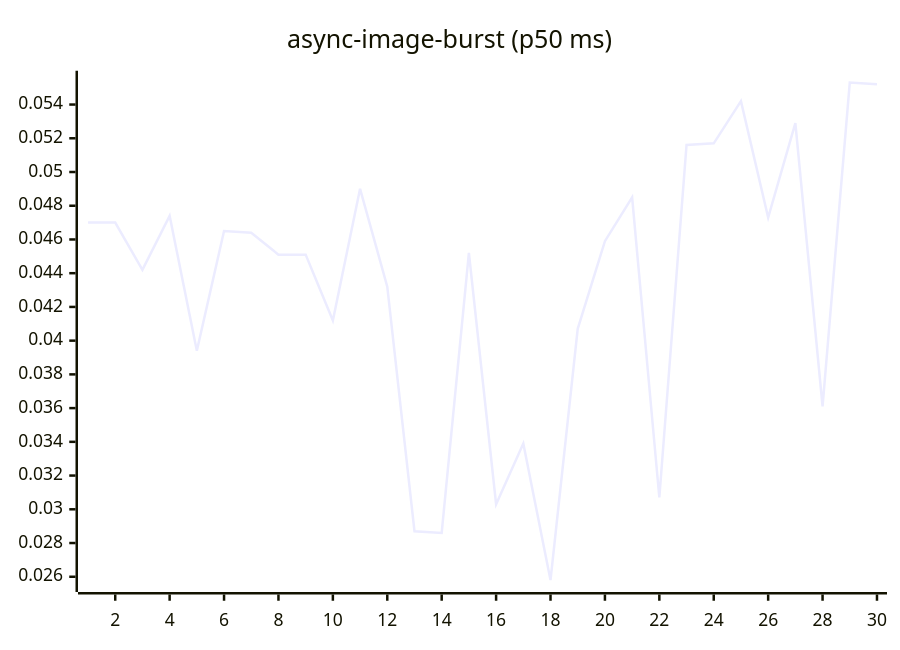
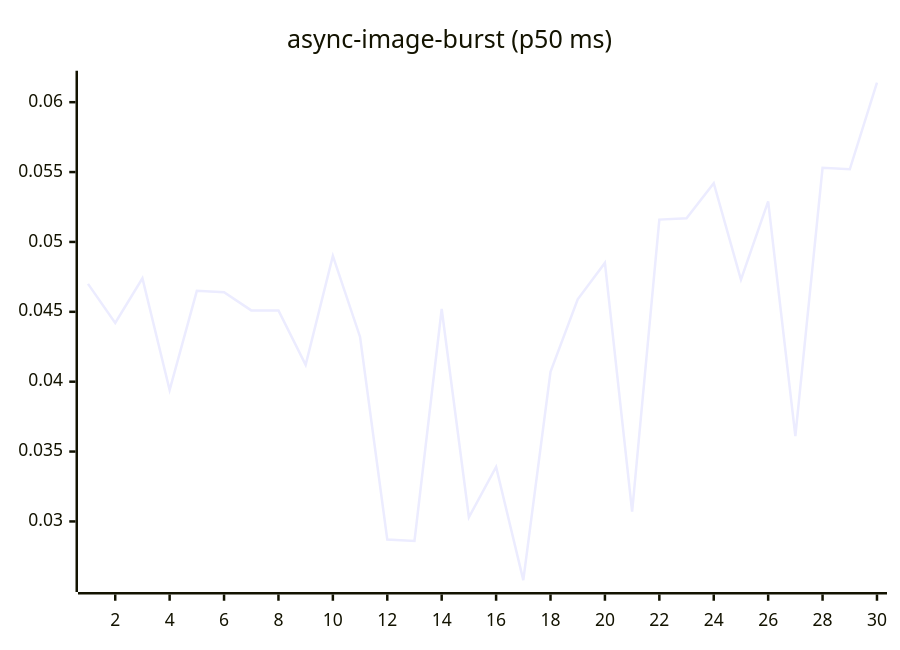
Before and after one commit to josha/Facet: the fourth of 27 diagrams in README.md, drawn with Mermaid. The commit also changed other lines of this file and 2 other files, not shown here.

````diff
--- a/README.md
+++ b/README.md
@@ -84,6 +84,6 @@
 ```mermaid
 xychart-beta
     title "async-image-burst (p50 ms)"
     x-axis 1 --> 30
-    line [0.0470, 0.0470, 0.0442, 0.0474, 0.0394, 0.0465, 0.0464, 0.0451, 0.0451, 0.0412, 0.0490, 0.0432, 0.0287, 0.0286, 0.0452, 0.0303, 0.0339, 0.0258, 0.0407, 0.0459, 0.0485, 0.0307, 0.0516, 0.0517, 0.0542, 0.0473, 0.0529, 0.0361, 0.0553, 0.0552]
+    line [0.0470, 0.0442, 0.0474, 0.0394, 0.0465, 0.0464, 0.0451, 0.0451, 0.0412, 0.0490, 0.0432, 0.0287, 0.0286, 0.0452, 0.0303, 0.0339, 0.0258, 0.0407, 0.0459, 0.0485, 0.0307, 0.0516, 0.0517, 0.0542, 0.0473, 0.0529, 0.0361, 0.0553, 0.0552, 0.0614]
 ```
````
